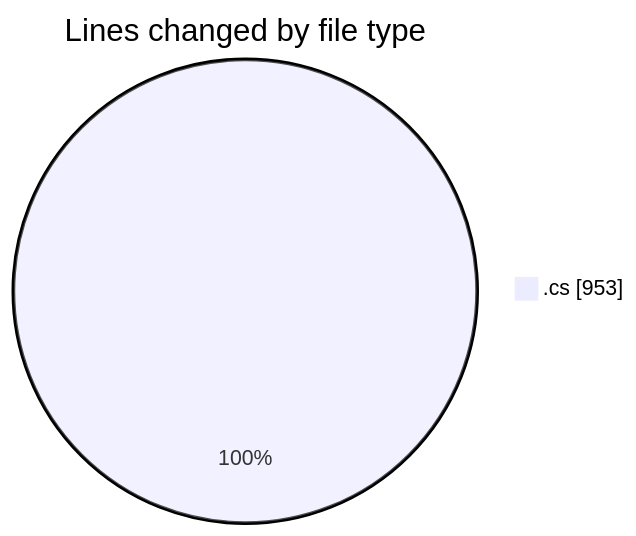
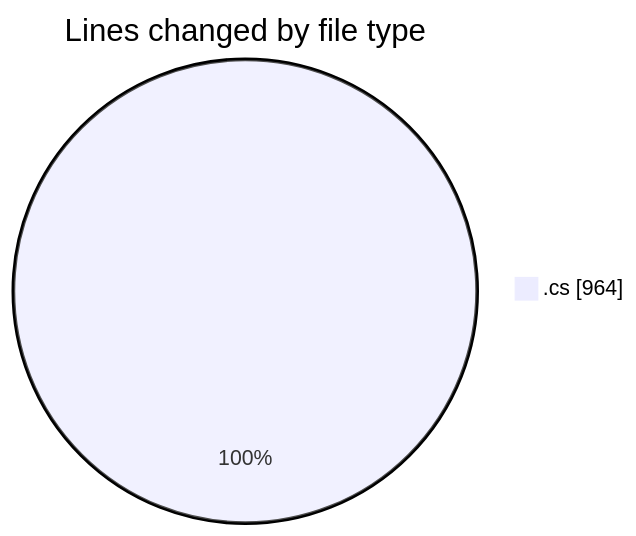
Before and after one commit to Netris89/code-tracking: the first of 2 diagrams in 2025-03-21/back-end/README.md, drawn with Mermaid. The commit also changed other lines of this file and 1 other file, not shown here.

````diff
--- a/2025-03-21/back-end/README.md
+++ b/2025-03-21/back-end/README.md
@@ -25,5 +25,5 @@
 ```mermaid
 pie showData
 title Lines changed by file type
-".cs" : 953
+".cs" : 964
 ```
````
